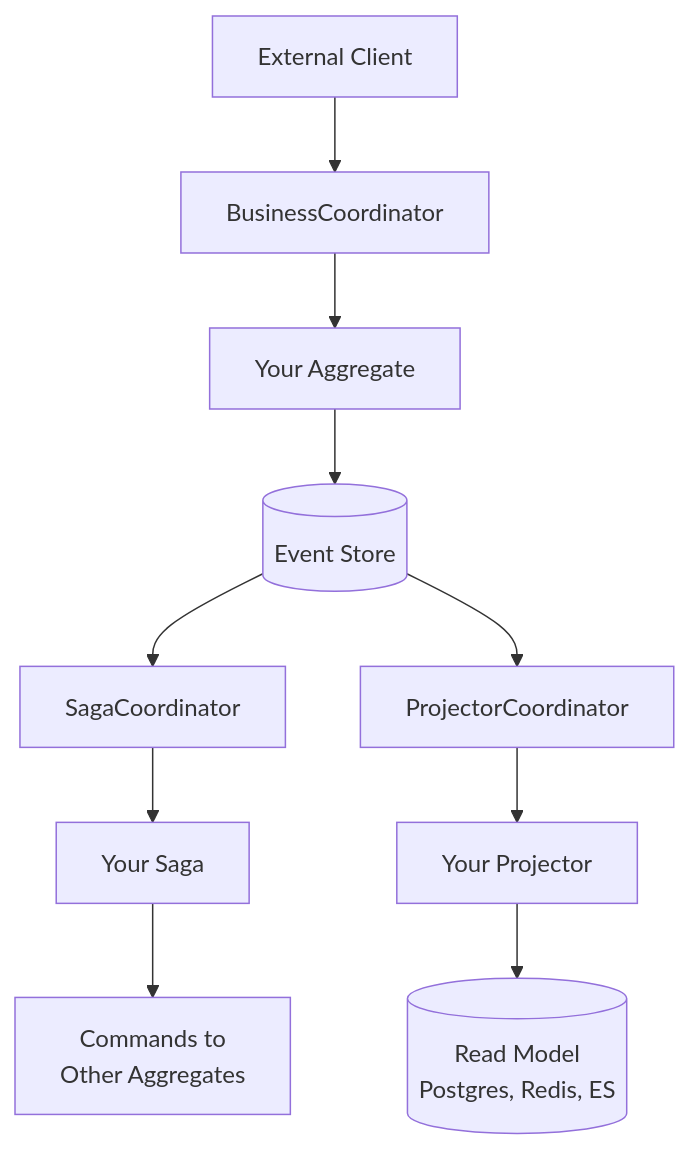
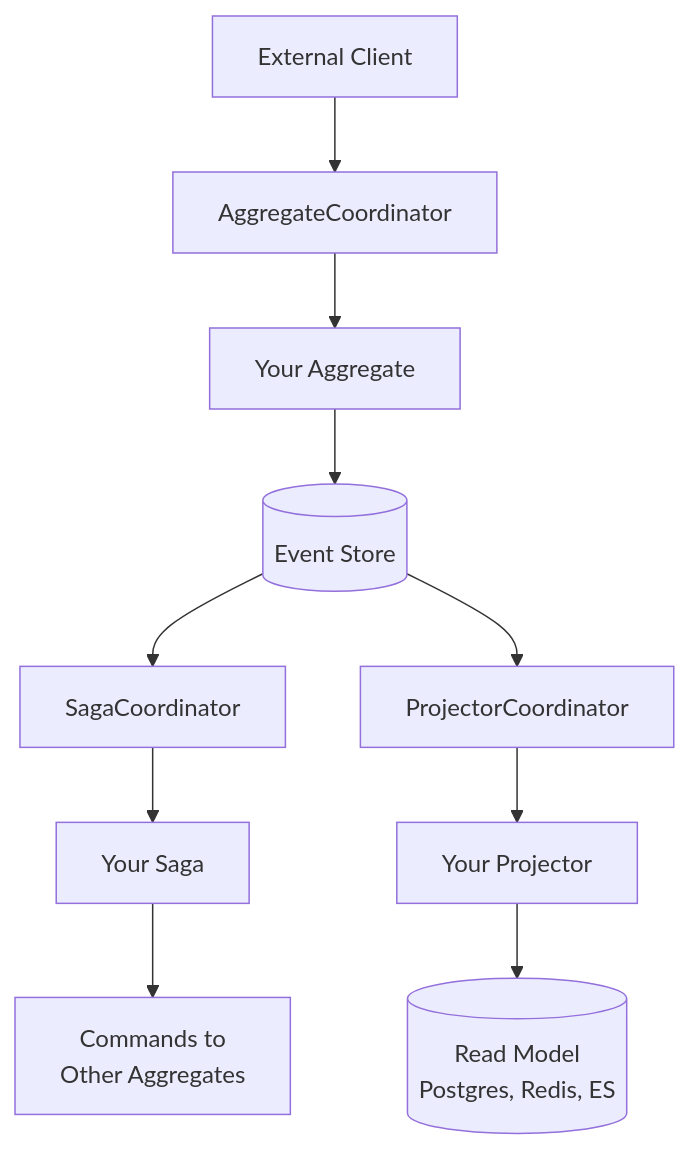
Before and after one commit to benjaminabbitt/angzarr: the first of 3 diagrams in docs/docs/architecture.md, drawn with Mermaid. The commit also changed other lines of this file and 3 other files, not shown here.

````diff
--- a/docs/docs/architecture.md
+++ b/docs/docs/architecture.md
@@ -69,23 +69,23 @@
 ```mermaid
 flowchart TB
     Client[External Client]
-    BC[BusinessCoordinator]
+    AC[AggregateCoordinator]
     Agg[Your Aggregate]
     ES[(Event Store)]
     SC[SagaCoordinator]
     PC[ProjectorCoordinator]
     Saga[Your Saga]
     Proj[Your Projector]
     Cmd[Commands to<br/>Other Aggregates]
     RM[(Read Model<br/>Postgres, Redis, ES)]
 
-    Client --> BC
-    BC --> Agg
+    Client --> AC
+    AC --> Agg
     Agg --> ES
     ES --> SC
     ES --> PC
     SC --> Saga
     PC --> Proj
     Saga --> Cmd
     Proj --> RM
 ```
````
